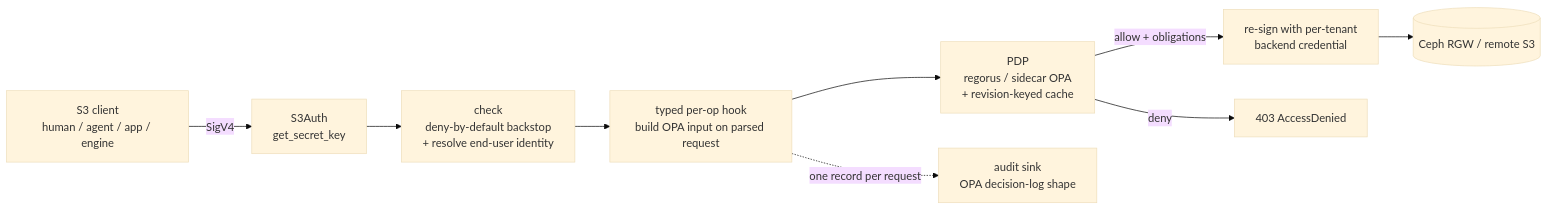
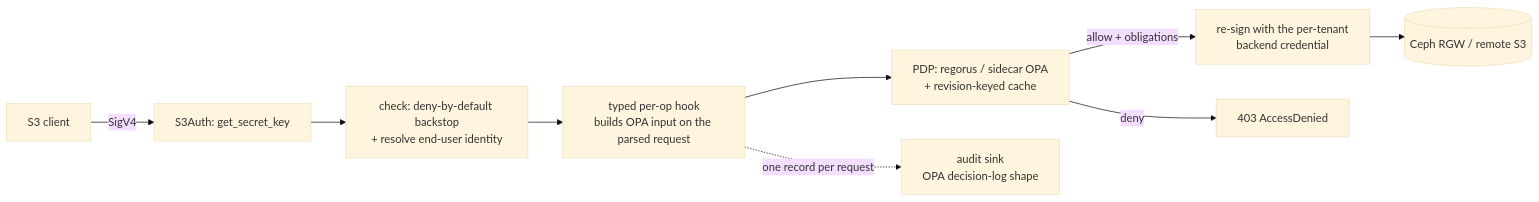
One commit to nudibranches-tech/s0 changed the diagram in README.md. Above: the diagram before and after it, drawn with Mermaid (base theme). The commit also changed other lines of this file and 96 other files, not shown here.

````diff
--- a/README.md
+++ b/README.md
@@ -22,11 +136,11 @@
 ```mermaid
 flowchart LR
-  C[S3 client\nhuman / agent / app / engine] -->|SigV4| A[S3Auth\nget_secret_key]
-  A --> K[check\ndeny-by-default backstop\n+ resolve end-user identity]
-  K --> H[typed per-op hook\nbuild OPA input on parsed request]
-  H --> P[PDP\nregorus / sidecar OPA\n+ revision-keyed cache]
-  P -->|allow + obligations| X[re-sign with per-tenant\nbackend credential]
+  C[S3 client] -->|SigV4| A[S3Auth: get_secret_key]
+  A --> K[check: deny-by-default backstop<br/>+ resolve end-user identity]
+  K --> H[typed per-op hook<br/>builds OPA input on the parsed request]
+  H --> P[PDP: regorus / sidecar OPA<br/>+ revision-keyed cache]
+  P -->|allow + obligations| X[re-sign with the per-tenant<br/>backend credential]
   P -->|deny| D[403 AccessDenied]
   X --> B[(Ceph RGW / remote S3)]
-  H -.one record per request.-> AU[audit sink\nOPA decision-log shape]
+  H -.one record per request.-> AU[audit sink<br/>OPA decision-log shape]
 ```
````
